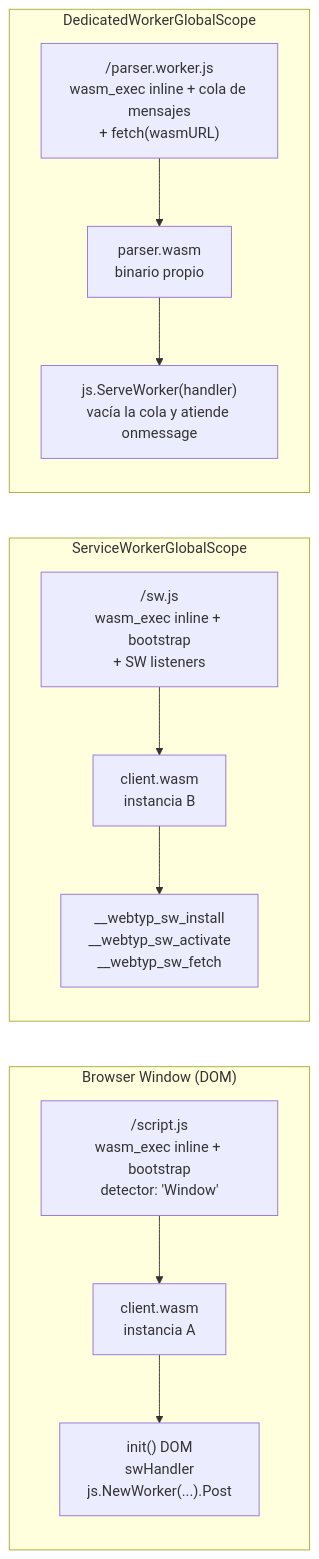
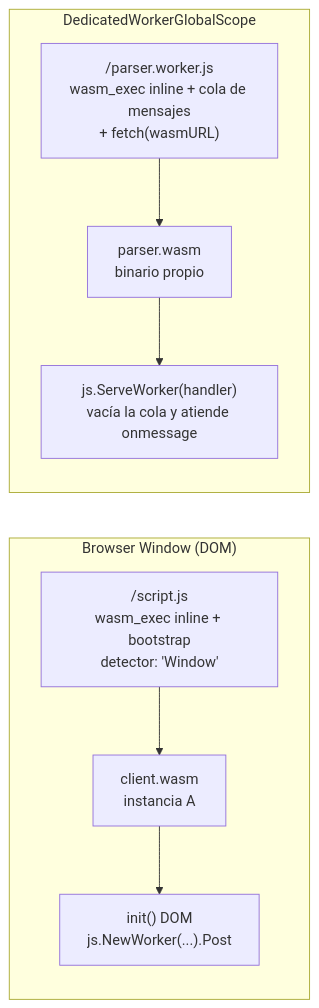
The second of 3 diagrams in docs/ARCHITECTURE.md (webtyp/js), drawn with Mermaid before and after one commit. The commit also changed other lines of this file and 7 other files, not shown here.

First line of the commit message:
feat!: PageBootstrap(wasmURL) and delete ServiceWorker — the shell service worker is generated by webtyp/pwa

````diff
--- a/docs/ARCHITECTURE.md
+++ b/docs/ARCHITECTURE.md
@@ -31,26 +27,18 @@
 ```mermaid
 flowchart LR
     subgraph WIN["Browser Window (DOM)"]
         direction TB
         S1["/script.js\nwasm_exec inline + bootstrap\ndetector: 'Window'"]
         W1["client.wasm\ninstancia A"]
         S1 --> W1
-        W1 --> D1["init() DOM\nswHandler\njs.NewWorker(...).Post"]
-    end
-
-    subgraph SW["ServiceWorkerGlobalScope"]
-        direction TB
-        S2["/sw.js\nwasm_exec inline + bootstrap\n+ SW listeners"]
-        W2["client.wasm\ninstancia B"]
-        S2 --> W2
-        W2 --> D2["__webtyp_sw_install\n__webtyp_sw_activate\n__webtyp_sw_fetch"]
+        W1 --> D1["init() DOM\njs.NewWorker(...).Post"]
     end
 
     subgraph WW["DedicatedWorkerGlobalScope"]
         direction TB
         S3["/parser.worker.js\nwasm_exec inline + cola de mensajes\n+ fetch(wasmURL)"]
         W3["parser.wasm\nbinario propio"]
         S3 --> W3
         W3 --> D3["js.ServeWorker(handler)\nvacía la cola y atiende onmessage"]
     end
 ```
````
